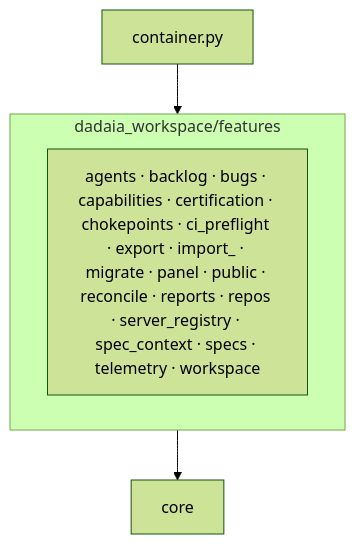
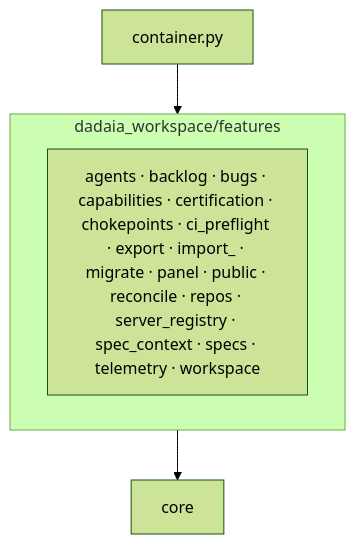
Before and after one commit to marcoaureliomenezes/dadaia-workspace: the second of 3 diagrams in specs/memory/ARCHITECTURE.md, drawn with Mermaid (forest theme). The commit also changed other lines of this file, not shown here.

Commit message:
docs(T-046-35): memory — features package map without the deleted reports package (19 packages)
Claude-Session: https://claude.ai/code/session_01EQeKDAvz5uuy7UowhMCrgA

````diff
--- a/specs/memory/ARCHITECTURE.md
+++ b/specs/memory/ARCHITECTURE.md
@@ -154,8 +154,8 @@
 ```mermaid
 flowchart TB
     subgraph features["dadaia_workspace/features"]
-      pkgs["agents · backlog · bugs · capabilities · certification · chokepoints · ci_preflight · export · import_ · migrate · panel · public · reconcile · reports · repos · server_registry · spec_context · specs · telemetry · workspace"]
+      pkgs["agents · backlog · bugs · capabilities · certification · chokepoints · ci_preflight · export · import_ · migrate · panel · public · reconcile · repos · server_registry · spec_context · specs · telemetry · workspace"]
     end
     container["container.py"] --> features
     features --> core["core"]
 ```
````
